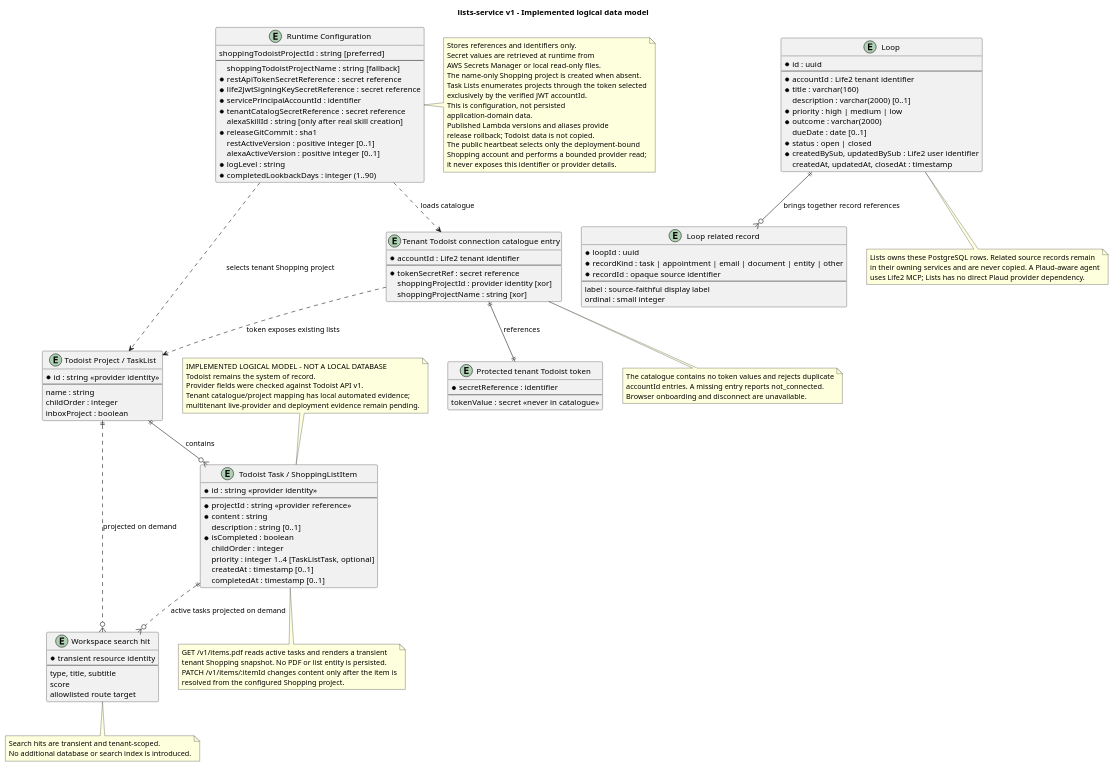
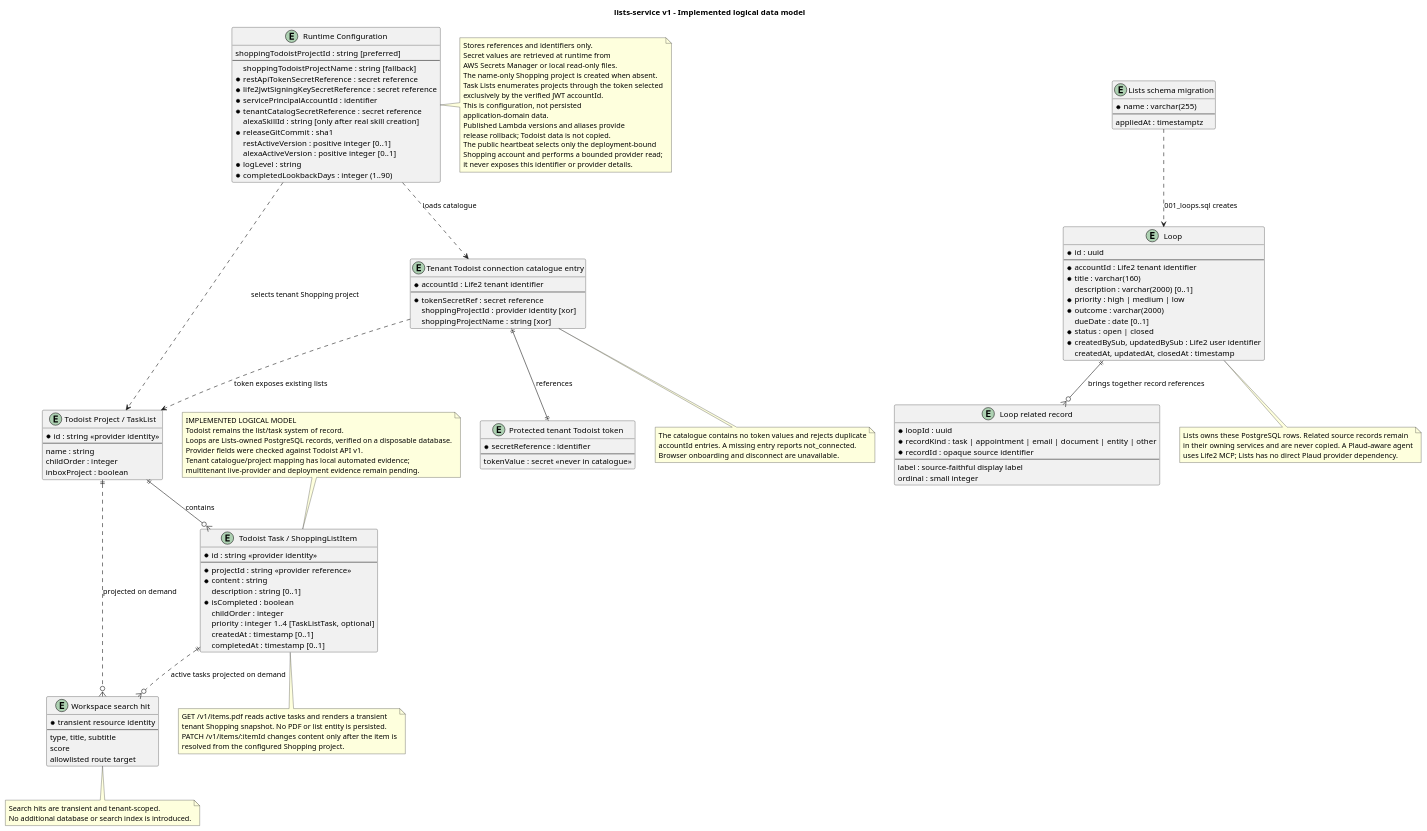
The diagram in docs/architecture/erd.puml (ralfepoisson/lists-service), drawn with PlantUML before and after one commit. The commit also changed 21 other files, not shown here.

```diff
--- a/docs/architecture/erd.puml
+++ b/docs/architecture/erd.puml
@@ -1,149 +1,157 @@
 @startuml
 title lists-service v1 - Implemented logical data model
 
 hide methods
 hide stereotypes
 skinparam shadowing false
 
 note as StatusNote
-  IMPLEMENTED LOGICAL MODEL - NOT A LOCAL DATABASE
-  Todoist remains the system of record.
+  IMPLEMENTED LOGICAL MODEL
+  Todoist remains the list/task system of record.
+  Loops are Lists-owned PostgreSQL records, verified on a disposable database.
   Provider fields were checked against Todoist API v1.
   Tenant catalogue/project mapping has local automated evidence;
   multitenant live-provider and deployment evidence remain pending.
 end note
 
 entity "Todoist Project / TaskList" as Project {
   * id : string <<provider identity>>
   --
   name : string
   childOrder : integer
   inboxProject : boolean
 }
 
 entity "Todoist Task / ShoppingListItem" as Item {
   * id : string <<provider identity>>
   --
   * projectId : string <<provider reference>>
   * content : string
   description : string [0..1]
   * isCompleted : boolean
   childOrder : integer
   priority : integer 1..4 [TaskListTask, optional]
   createdAt : timestamp [0..1]
   completedAt : timestamp [0..1]
 }
 
 entity "Runtime Configuration" as Configuration {
   shoppingTodoistProjectId : string [preferred]
   --
   shoppingTodoistProjectName : string [fallback]
   * restApiTokenSecretReference : secret reference
   * life2JwtSigningKeySecretReference : secret reference
   * servicePrincipalAccountId : identifier
   * tenantCatalogSecretReference : secret reference
   alexaSkillId : string [only after real skill creation]
   * releaseGitCommit : sha1
   restActiveVersion : positive integer [0..1]
   alexaActiveVersion : positive integer [0..1]
   * logLevel : string
   * completedLookbackDays : integer (1..90)
 }
 
 entity "Tenant Todoist connection catalogue entry" as Connection {
   * accountId : Life2 tenant identifier
   --
   * tokenSecretRef : secret reference
   shoppingProjectId : provider identity [xor]
   shoppingProjectName : string [xor]
 }
 
 entity "Protected tenant Todoist token" as TenantToken {
   * secretReference : identifier
   --
   tokenValue : secret <<never in catalogue>>
 }
 
 entity "Workspace search hit" as SearchHit {
   * transient resource identity
   --
   type, title, subtitle
   score
   allowlisted route target
 }
 
 entity "Loop" as Loop {
   * id : uuid
   --
   * accountId : Life2 tenant identifier
   * title : varchar(160)
   description : varchar(2000) [0..1]
   * priority : high | medium | low
   * outcome : varchar(2000)
   dueDate : date [0..1]
   * status : open | closed
   * createdBySub, updatedBySub : Life2 user identifier
   createdAt, updatedAt, closedAt : timestamp
 }
 
 entity "Loop related record" as LoopReference {
   * loopId : uuid
   * recordKind : task | appointment | email | document | entity | other
   * recordId : opaque source identifier
   --
   label : source-faithful display label
   ordinal : small integer
 }
 
+entity "Lists schema migration" as Migration {
+  * name : varchar(255)
+  --
+  appliedAt : timestamptz
+}
+
 Project ||--o{ Item : contains
 Connection ..> Project : token exposes existing lists
 Connection ||--|| TenantToken : references
 Configuration ..> Connection : loads catalogue
 Configuration ..> Project : selects tenant Shopping project
 Project ||..o{ SearchHit : projected on demand
 Item ||..o{ SearchHit : active tasks projected on demand
 Loop ||--o{ LoopReference : brings together record references
+Migration ..> Loop : 001_loops.sql creates
 
 note right of Configuration
   Stores references and identifiers only.
   Secret values are retrieved at runtime from
   AWS Secrets Manager or local read-only files.
   The name-only Shopping project is created when absent.
   Task Lists enumerates projects through the token selected
   exclusively by the verified JWT accountId.
   This is configuration, not persisted
   application-domain data.
   Published Lambda versions and aliases provide
   release rollback; Todoist data is not copied.
   The public heartbeat selects only the deployment-bound
   Shopping account and performs a bounded provider read;
   it never exposes this identifier or provider details.
 end note
 
 note bottom of Connection
   The catalogue contains no token values and rejects duplicate
   accountId entries. A missing entry reports not_connected.
   Browser onboarding and disconnect are unavailable.
 end note
 
 note bottom of Item
   GET /v1/items.pdf reads active tasks and renders a transient
   tenant Shopping snapshot. No PDF or list entity is persisted.
   PATCH /v1/items/:itemId changes content only after the item is
   resolved from the configured Shopping project.
 end note
 
 note bottom of SearchHit
   Search hits are transient and tenant-scoped.
   No additional database or search index is introduced.
 end note
 
 note bottom of Loop
   Lists owns these PostgreSQL rows. Related source records remain
   in their owning services and are never copied. A Plaud-aware agent
   uses Life2 MCP; Lists has no direct Plaud provider dependency.
 end note
 
 StatusNote .. Item
 
 @enduml
```
